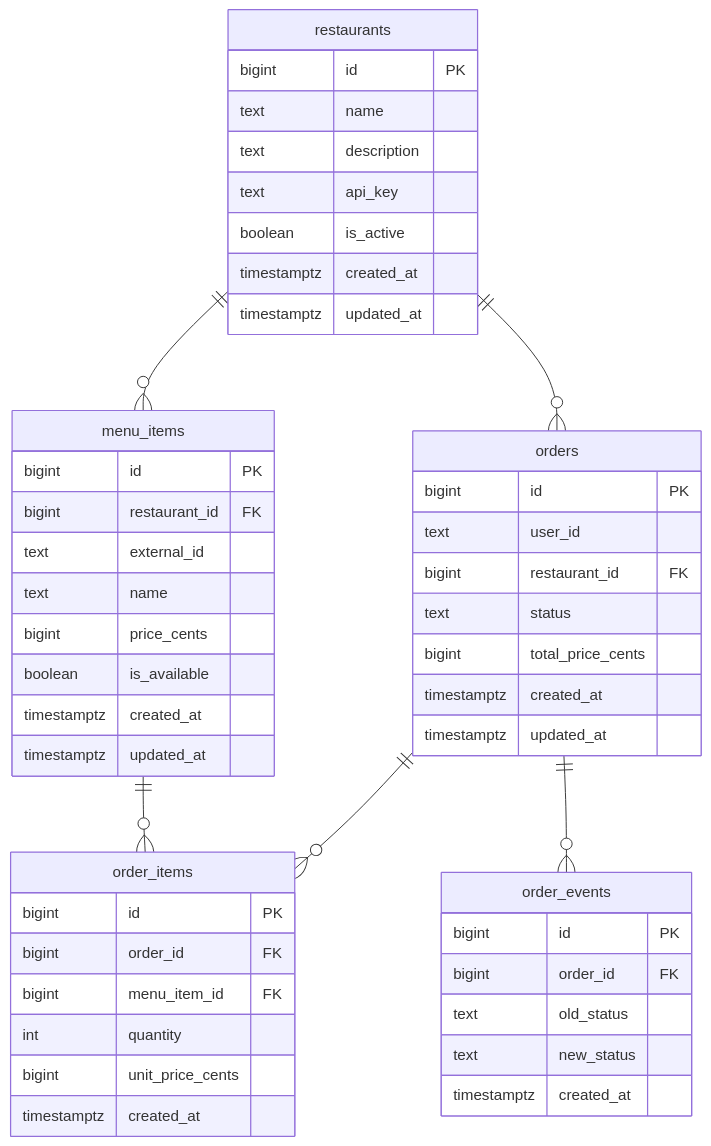
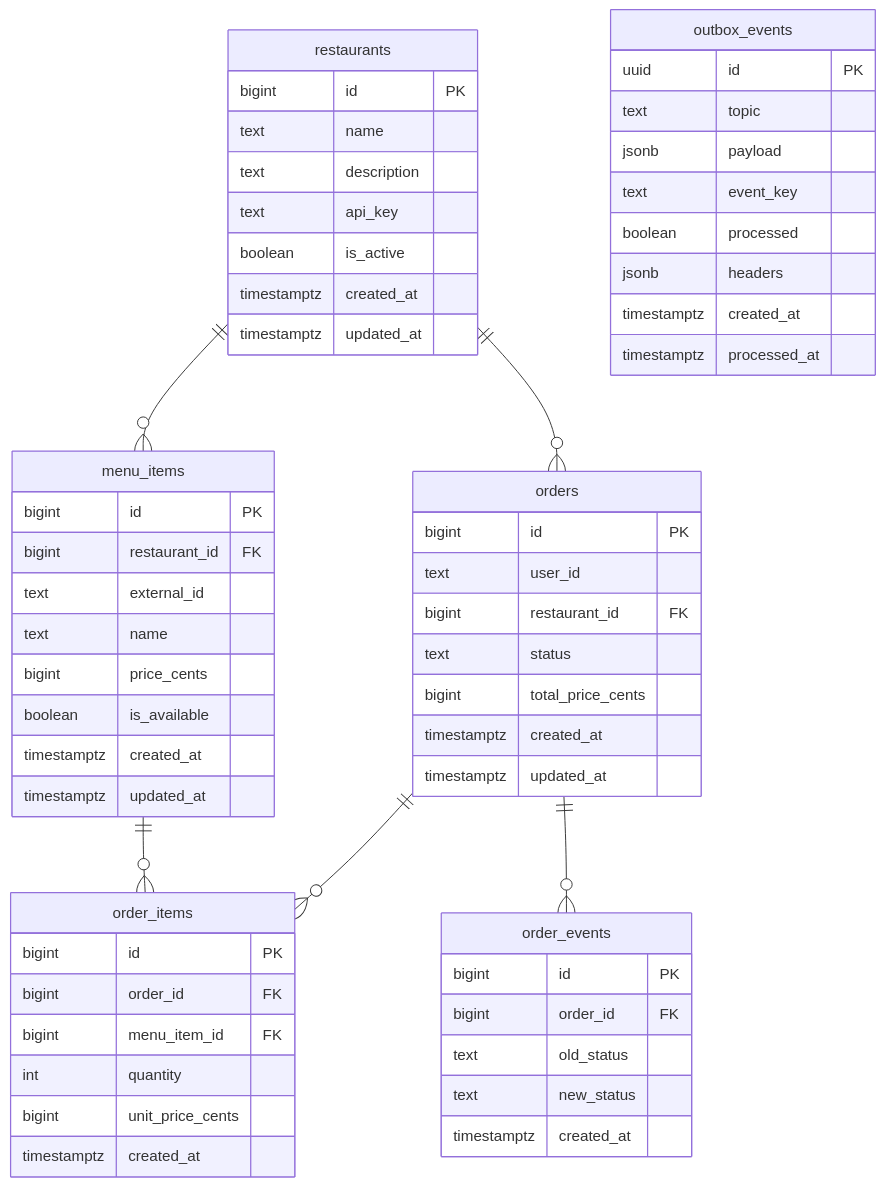
The diagram in docs/db.md (R0uT3r52/kitchen-api), drawn with Mermaid before and after one commit. The commit also changed other lines of this file and 5 other files, not shown here.

````diff
--- a/docs/db.md
+++ b/docs/db.md
@@ -4,52 +3,62 @@
 ```mermaid
 erDiagram
     restaurants ||--o{ menu_items : ""
     restaurants ||--o{ orders : ""
     orders ||--o{ order_items : ""
     menu_items ||--o{ order_items : ""
     orders ||--o{ order_events : ""
 
     restaurants {
         bigint id PK
         text name
         text description
         text api_key
         boolean is_active
         timestamptz created_at
         timestamptz updated_at
     }
     menu_items {
         bigint id PK
         bigint restaurant_id FK
         text external_id
         text name
         bigint price_cents
         boolean is_available
         timestamptz created_at
         timestamptz updated_at
     }
     orders {
         bigint id PK
         text user_id
         bigint restaurant_id FK
         text status
         bigint total_price_cents
         timestamptz created_at
         timestamptz updated_at
     }
     order_items {
         bigint id PK
         bigint order_id FK
         bigint menu_item_id FK
         int quantity
         bigint unit_price_cents
         timestamptz created_at
     }
     order_events {
         bigint id PK
         bigint order_id FK
         text old_status
         text new_status
         timestamptz created_at
     }
+    outbox_events {
+        uuid id PK
+        text topic
+        jsonb payload
+        text event_key
+        boolean processed
+        jsonb headers
+        timestamptz created_at
+        timestamptz processed_at
+    }
 ```
````
